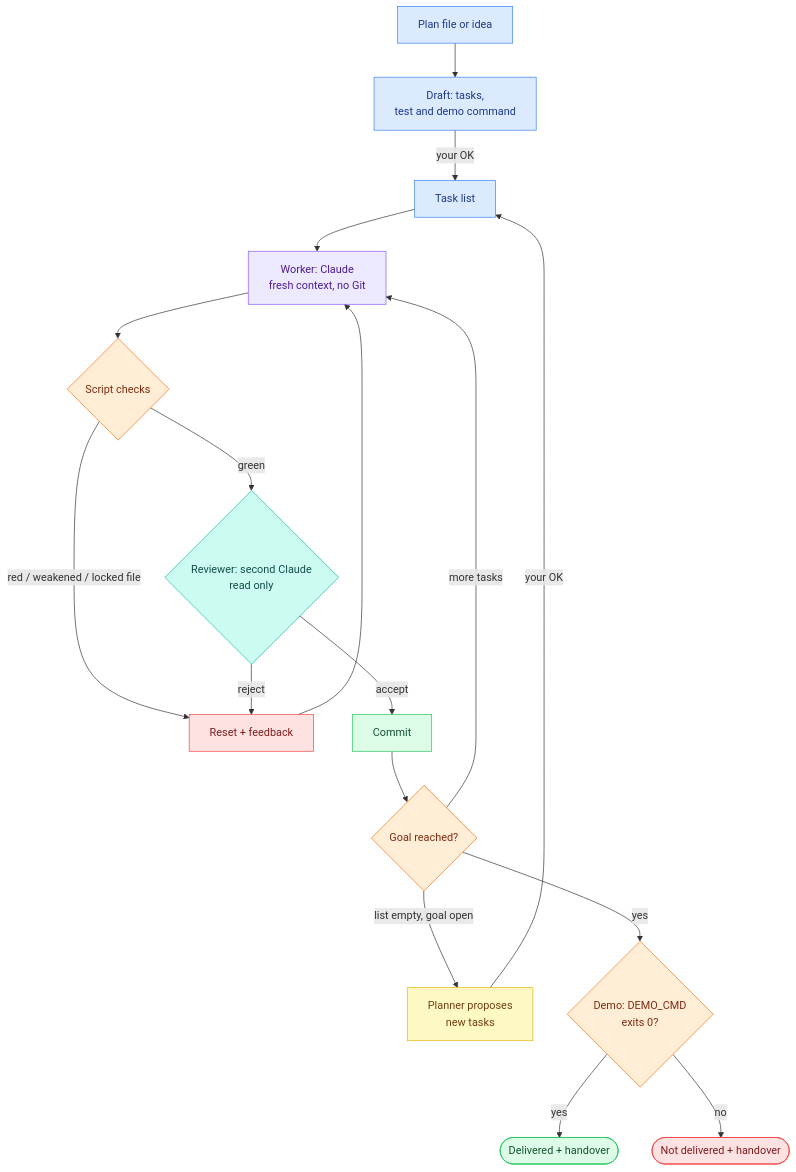
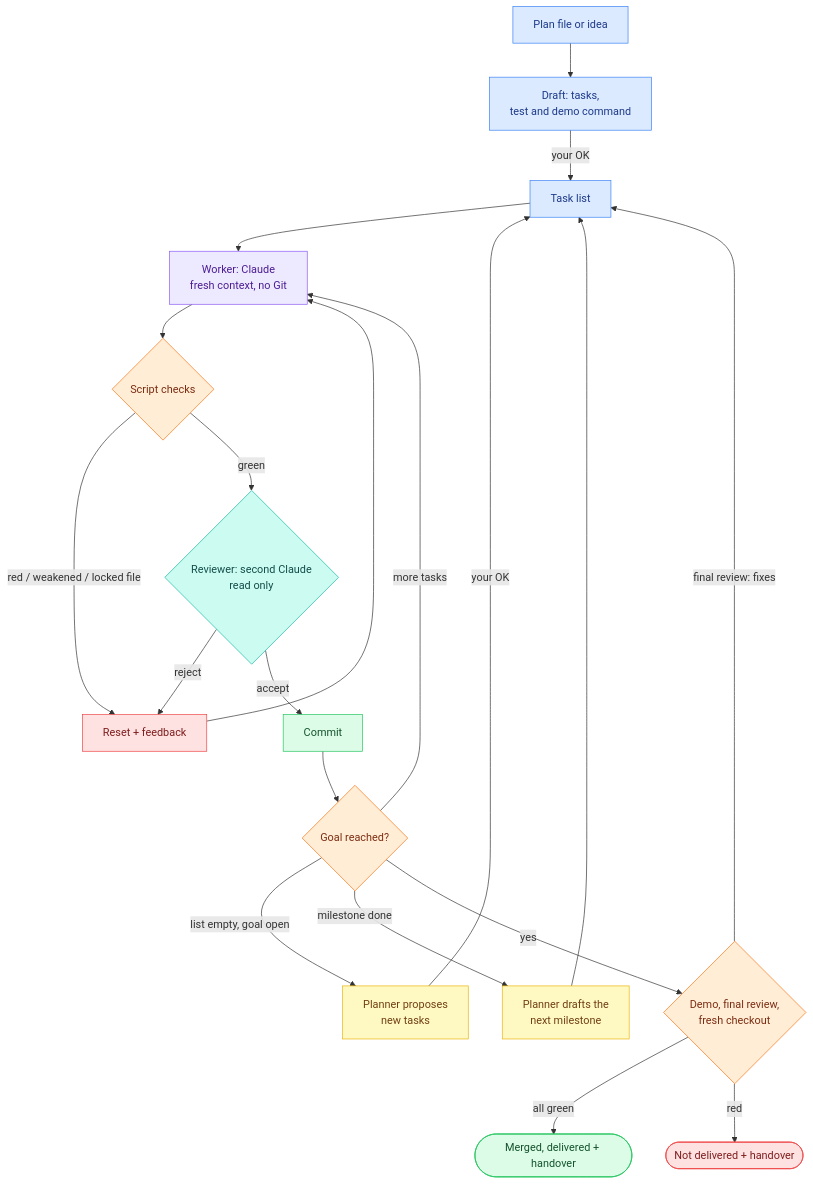
The diagram in README.md (PlatinBit/autopilot-loop), drawn with Mermaid before and after one commit. The commit also changed other lines of this file and 12 other files, not shown here.

````diff
--- a/README.md
+++ b/README.md
@@ -25,34 +27,37 @@
 ```mermaid
 flowchart TD
     P[Plan file or idea] --> D[Draft: tasks,<br/>test and demo command]
     D -- your OK --> T[Task list]
     T --> W[Worker: Claude<br/>fresh context, no Git]
     W --> S{Script checks}
     S -- red / weakened / locked file --> R[Reset + feedback]
     S -- green --> V{Reviewer: second Claude<br/>read only}
     V -- reject --> R
     V -- accept --> C[Commit]
     R --> W
     C --> G{Goal reached?}
     G -- more tasks --> W
     G -- list empty, goal open --> PL[Planner proposes<br/>new tasks]
     PL -- your OK --> T
-    G -- yes --> M{Demo: DEMO_CMD<br/>exits 0?}
-    M -- yes --> E([Delivered + handover])
-    M -- no --> N([Not delivered + handover])
+    G -- milestone done --> MS[Planner drafts the<br/>next milestone]
+    MS --> T
+    G -- yes --> M{Demo, final review,<br/>fresh checkout}
+    M -- final review: fixes --> T
+    M -- all green --> E([Merged, delivered + handover])
+    M -- red --> N([Not delivered + handover])
 
     classDef plan fill:#dbeafe,stroke:#3b82f6,color:#1e3a8a
     classDef worker fill:#ede9fe,stroke:#8b5cf6,color:#4c1d95
     classDef check fill:#ffedd5,stroke:#f97316,color:#7c2d12
     classDef reviewer fill:#ccfbf1,stroke:#14b8a6,color:#134e4a
     classDef commit fill:#dcfce7,stroke:#22c55e,color:#14532d
     classDef reject fill:#fee2e2,stroke:#ef4444,color:#7f1d1d
     classDef planner fill:#fef9c3,stroke:#eab308,color:#713f12
     class P,D,T plan
     class W worker
     class S,G,M check
     class V reviewer
     class C,E commit
     class R,N reject
-    class PL planner
+    class PL,MS planner
 ```
````
